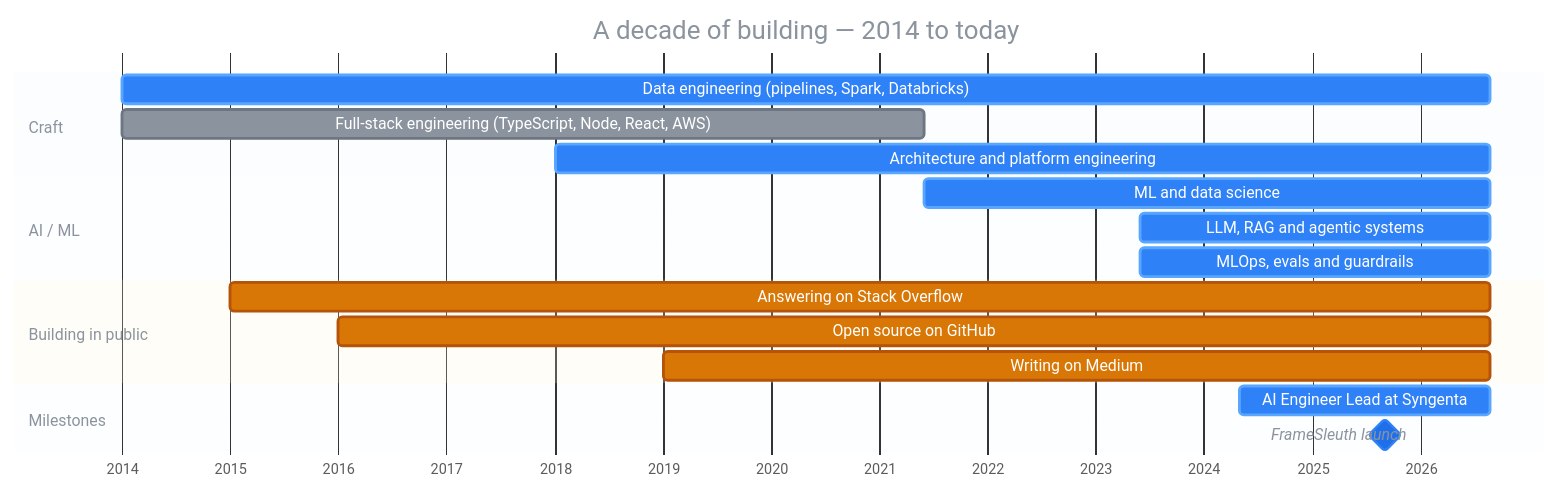
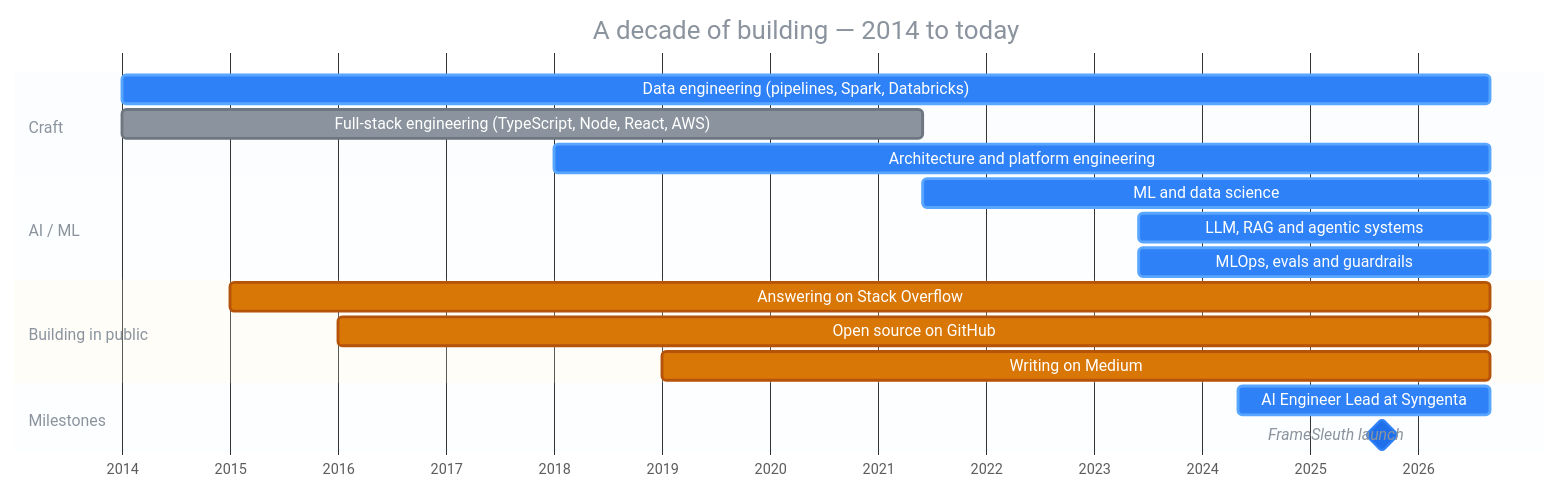
The first of 2 diagrams in README.md (santoshshinde2012/santoshshinde2012), drawn with Mermaid before and after one commit. The commit also changed other lines of this file, not shown here.

Commit message:
chore: refresh shipping summary

````diff
--- a/README.md
+++ b/README.md
@@ -132,27 +132,27 @@
 ```mermaid
 %%{init: {'theme':'base','themeVariables':{'fontFamily':'Fira Code, monospace','taskBkgColor':'#1F6FEB','taskBorderColor':'#2F81F7','activeTaskBkgColor':'#2F81F7','activeTaskBorderColor':'#58A6FF','doneTaskBkgColor':'#8B949E','doneTaskBorderColor':'#6E7681','critBkgColor':'#D97706','critBorderColor':'#B45309','critTextColor':'#ffffff','milestoneBkgColor':'#238636','milestoneBorderColor':'#2EA043','taskTextColor':'#ffffff','taskTextDarkColor':'#ffffff','taskTextLightColor':'#ffffff','taskTextOutsideColor':'#8B949E','gridColor':'#30363D','todayLineColor':'#F85149','titleColor':'#8B949E','sectionBkgColor':'#2F81F714','altSectionBkgColor':'#2F81F70A'}}}%%
 gantt
     title A decade of building — 2014 to today
     dateFormat YYYY-MM-DD
     axisFormat %Y
     tickInterval 1year
 
     section Craft
-    Data engineering (pipelines, Spark, Databricks)      :active, de,   2014-01-01, 2026-08-24
+    Data engineering (pipelines, Spark, Databricks)      :active, de,   2014-01-01, 2026-08-31
     Full-stack engineering (TypeScript, Node, React, AWS) :done,   fs,   2014-01-01, 2021-06-01
-    Architecture and platform engineering                :active, arch, 2018-01-01, 2026-08-24
+    Architecture and platform engineering                :active, arch, 2018-01-01, 2026-08-31
 
     section AI / ML
-    ML and data science                                  :active, ml,   2021-06-01, 2026-08-24
-    LLM, RAG and agentic systems                         :active, llm,  2023-06-01, 2026-08-24
-    MLOps, evals and guardrails                          :active, ops,  2023-06-01, 2026-08-24
+    ML and data science                                  :active, ml,   2021-06-01, 2026-08-31
+    LLM, RAG and agentic systems                         :active, llm,  2023-06-01, 2026-08-31
+    MLOps, evals and guardrails                          :active, ops,  2023-06-01, 2026-08-31
 
     section Building in public
-    Answering on Stack Overflow                          :crit, so,   2015-01-01, 2026-08-24
-    Open source on GitHub                                :crit, gh,   2016-01-01, 2026-08-24
-    Writing on Medium                                    :crit, med,  2019-01-01, 2026-08-24
+    Answering on Stack Overflow                          :crit, so,   2015-01-01, 2026-08-31
+    Open source on GitHub                                :crit, gh,   2016-01-01, 2026-08-31
+    Writing on Medium                                    :crit, med,  2019-01-01, 2026-08-31
 
     section Milestones
-    AI Engineer Lead at Syngenta                         :active,    syn, 2024-05-01, 2026-08-24
+    AI Engineer Lead at Syngenta                         :active,    syn, 2024-05-01, 2026-08-31
     FrameSleuth launch                                   :milestone, fsl, 2025-09-01, 0d
 ```
````
